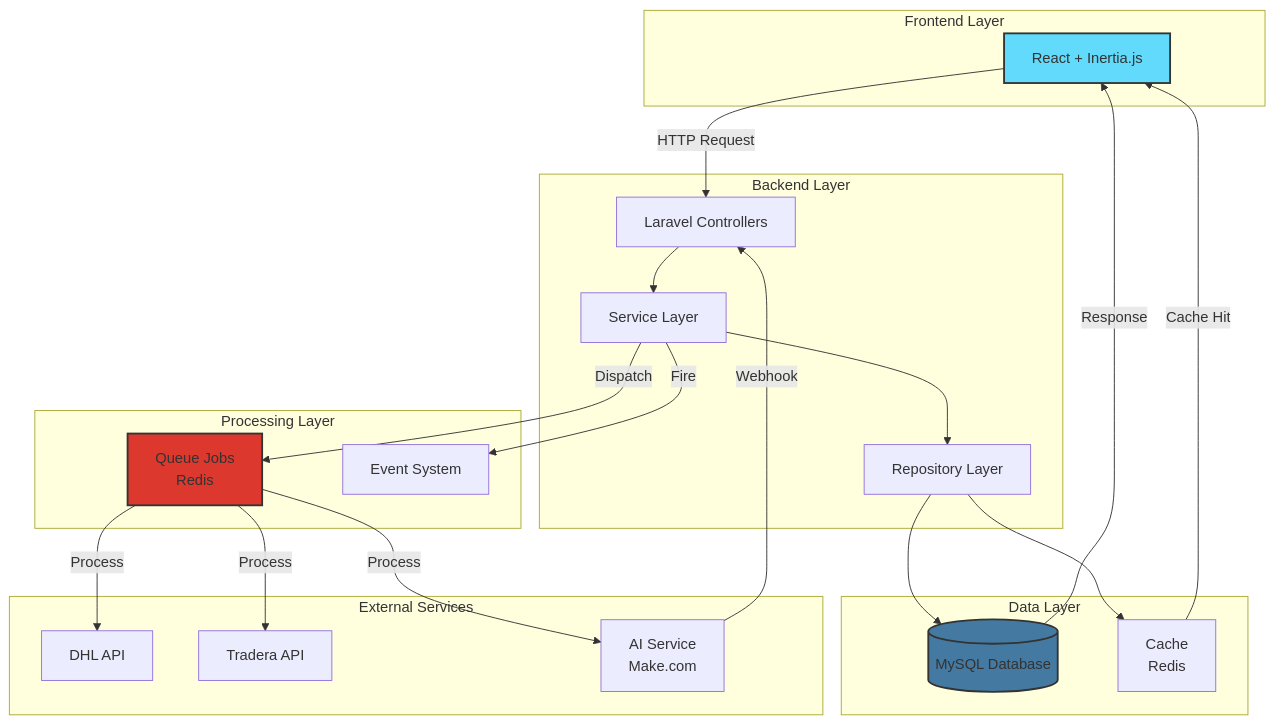
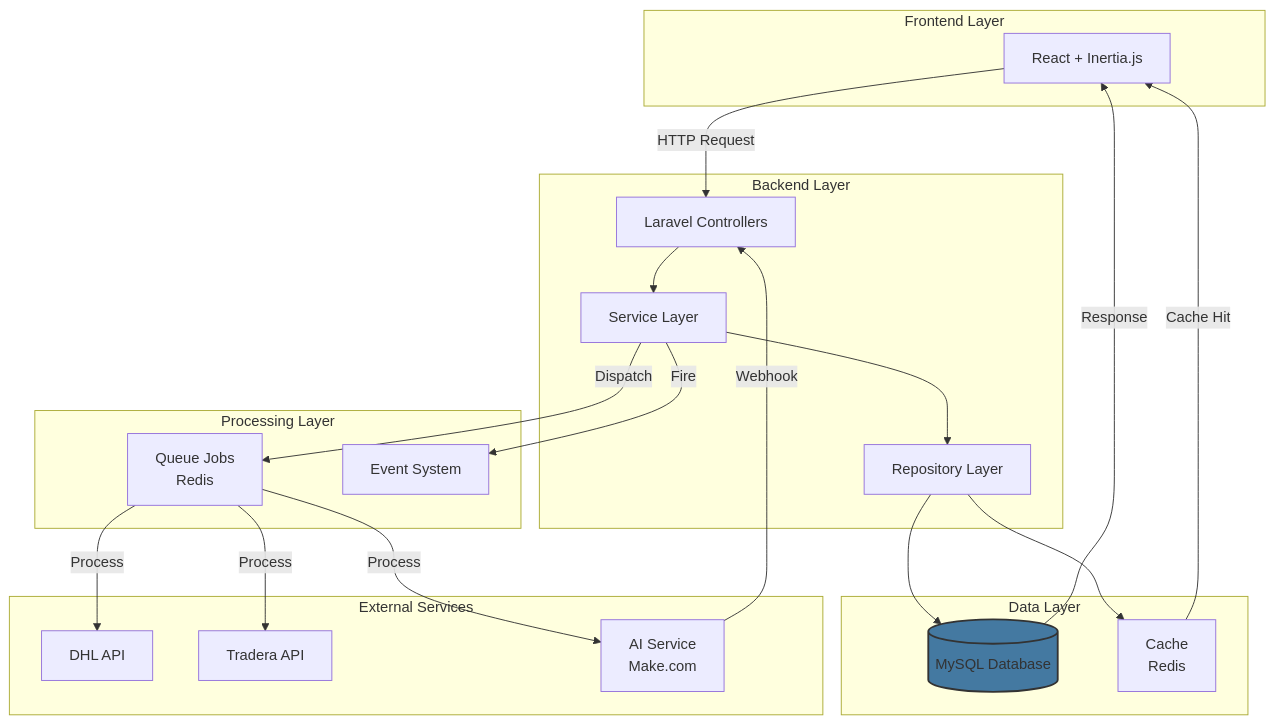
One commit to saeedhosan/secondvintage-crm changed the first of 3 diagrams in README.md. Above: the diagram before and after it, drawn with Mermaid. The commit also changed other lines of this file, not shown here.

Commit message:
docs: update readme badge and diagram

````diff
--- a/README.md
+++ b/README.md
@@ -167,46 +168,44 @@
 ```mermaid
 graph TB
     subgraph "Frontend Layer"
         A[React + Inertia.js]
     end
 
     subgraph "Backend Layer"
         B[Laravel Controllers]
         C[Service Layer]
         D[Repository Layer]
     end
 
     subgraph "Processing Layer"
         E[Queue Jobs<br/>Redis]
         F[Event System]
     end
 
     subgraph "Data Layer"
         G[(MySQL Database)]
         H[Cache<br/>Redis]
     end
 
     subgraph "External Services"
         I[DHL API]
         J[Tradera API]
         K[AI Service<br/>Make.com]
     end
 
     A -->|HTTP Request| B
     B --> C
     C --> D
     D --> G
     D --> H
     C -->|Dispatch| E
     C -->|Fire| F
     E -->|Process| I
     E -->|Process| J
     E -->|Process| K
     K -->|Webhook| B
     G -->|Response| A
     H -->|Cache Hit| A
 
-    style A fill:#61dafb,stroke:#333,stroke-width:2px
     style G fill:#4479a1,stroke:#333,stroke-width:2px
-    style E fill:#dc382d,stroke:#333,stroke-width:2px
 ```
````
